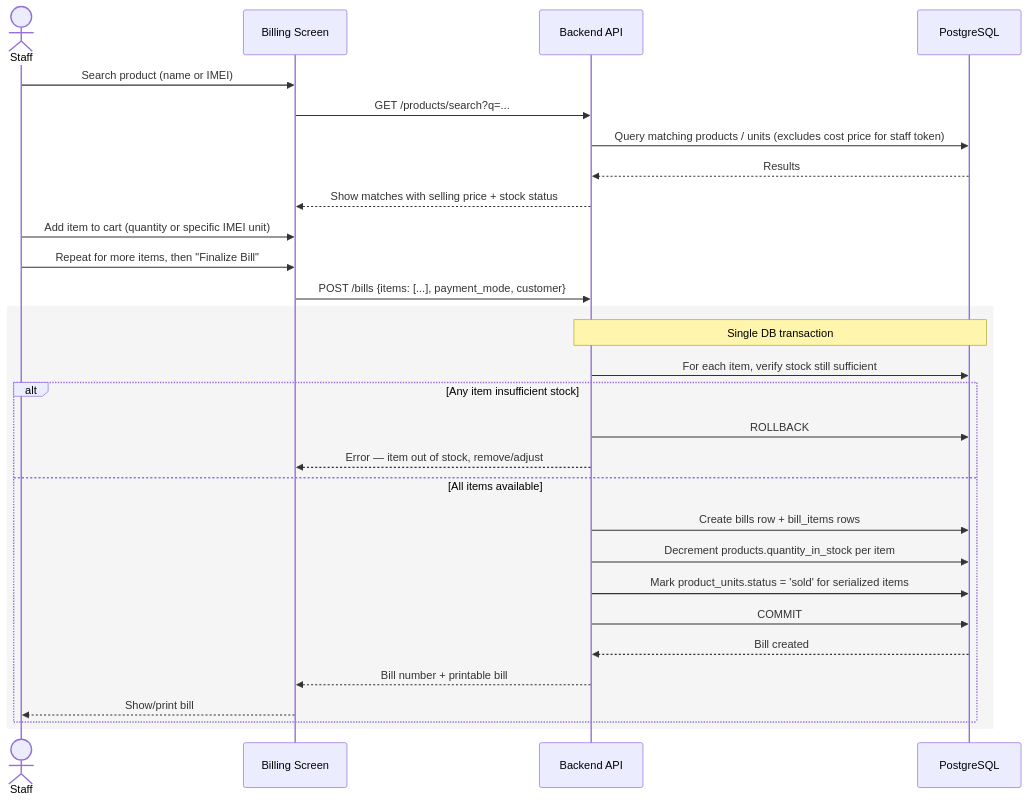
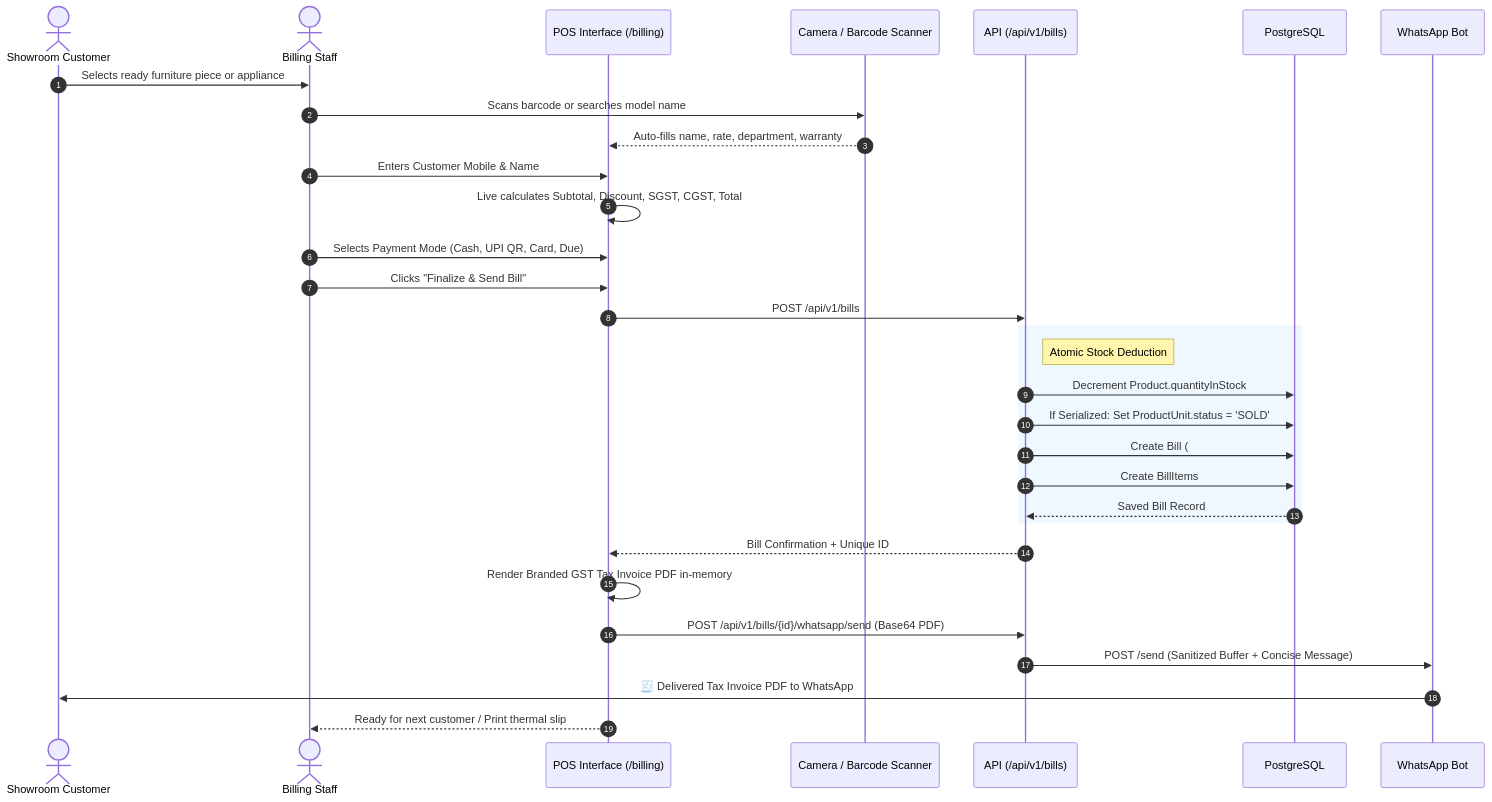
Before and after one commit to menariyavishal/laxmi-furnitures-electronics: the second of 5 diagrams in Furniture-and-Electronics/docs/04_DATA_FLOW.md, drawn with Mermaid. The commit also changed other lines of this file and 10 other files, not shown here.

````diff
--- a/Furniture-and-Electronics/docs/04_DATA_FLOW.md
+++ b/Furniture-and-Electronics/docs/04_DATA_FLOW.md
@@ -51,33 +67,36 @@
 ```mermaid
 sequenceDiagram
-    actor Staff
-    participant UI as Billing Screen
-    participant API as Backend API
+    autonumber
+    actor Customer as Showroom Customer
+    actor Staff as Billing Staff
+    participant POS as POS Interface (/billing)
+    participant Scanner as Camera / Barcode Scanner
+    participant API as API (/api/v1/bills)
     participant DB as PostgreSQL
+    participant Bot as WhatsApp Bot
 
-    Staff->>UI: Search product (name or IMEI)
-    UI->>API: GET /products/search?q=...
-    API->>DB: Query matching products / units (excludes cost price for staff token)
-    DB-->>API: Results
-    API-->>UI: Show matches with selling price + stock status
-    Staff->>UI: Add item to cart (quantity or specific IMEI unit)
-    Staff->>UI: Repeat for more items, then "Finalize Bill"
-    UI->>API: POST /bills {items: [...], payment_mode, customer}
+    Customer->>Staff: Selects ready furniture piece or appliance
+    Staff->>Scanner: Scans barcode or searches model name
+    Scanner-->>POS: Auto-fills name, rate, department, warranty
+    Staff->>POS: Enters Customer Mobile & Name
+    POS->>POS: Live calculates Subtotal, Discount, SGST, CGST, Total
+    Staff->>POS: Selects Payment Mode (Cash, UPI QR, Card, Due)
+    Staff->>POS: Clicks "Finalize & Send Bill"
+    POS->>API: POST /api/v1/bills
+    
+    rect rgb(240, 248, 255)
+        note right of API: Atomic Stock Deduction
+        API->>DB: Decrement Product.quantityInStock
+        API->>DB: If Serialized: Set ProductUnit.status = 'SOLD'
+        API->>DB: Create Bill (#FURN-... or #ELEC-...)
+        API->>DB: Create BillItems
+        DB-->>API: Saved Bill Record
+    end
+    API-->>POS: Bill Confirmation + Unique ID
 
-    rect rgb(245,245,245)
-    Note over API,DB: Single DB transaction
-    API->>DB: For each item, verify stock still sufficient
-    alt Any item insufficient stock
-        API->>DB: ROLLBACK
-        API-->>UI: Error — item out of stock, remove/adjust
-    else All items available
-        API->>DB: Create bills row + bill_items rows
-        API->>DB: Decrement products.quantity_in_stock per item
-        API->>DB: Mark product_units.status = 'sold' for serialized items
-        API->>DB: COMMIT
-        DB-->>API: Bill created
-        API-->>UI: Bill number + printable bill
-        UI-->>Staff: Show/print bill
-    end
-    end
+    POS->>POS: Render Branded GST Tax Invoice PDF in-memory
+    POS->>API: POST /api/v1/bills/{id}/whatsapp/send (Base64 PDF)
+    API->>Bot: POST /send (Sanitized Buffer + Concise Message)
+    Bot->>Customer: 🧾 Delivered Tax Invoice PDF to WhatsApp
+    POS-->>Staff: Ready for next customer / Print thermal slip
 ```
````
